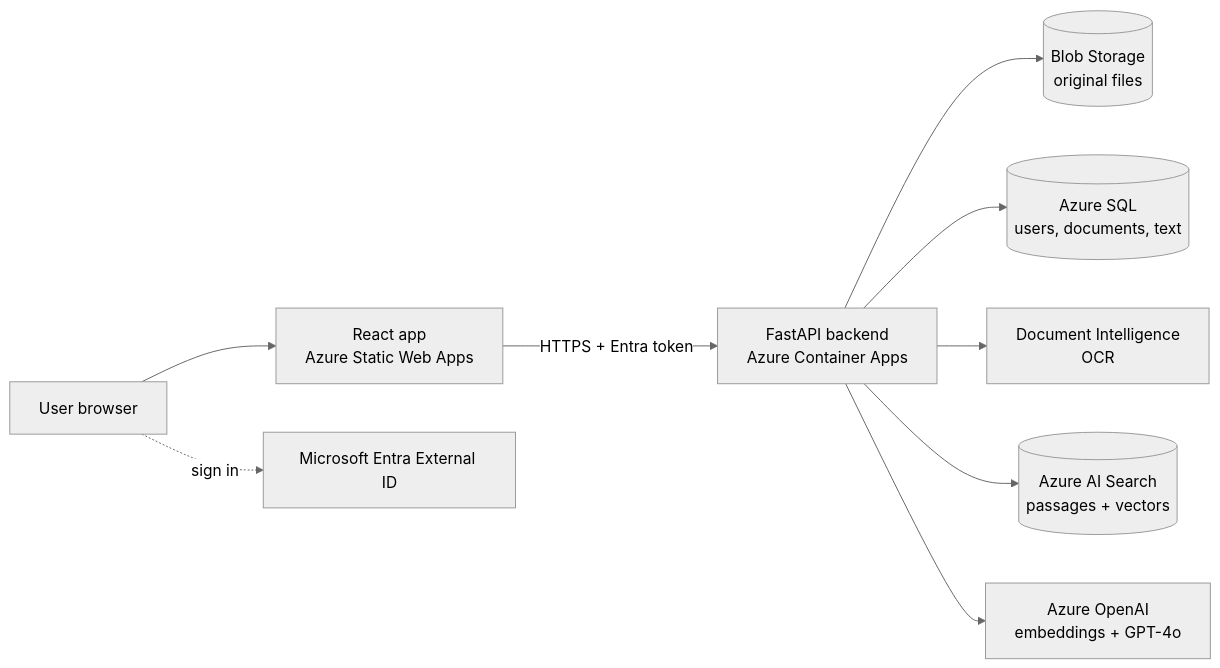
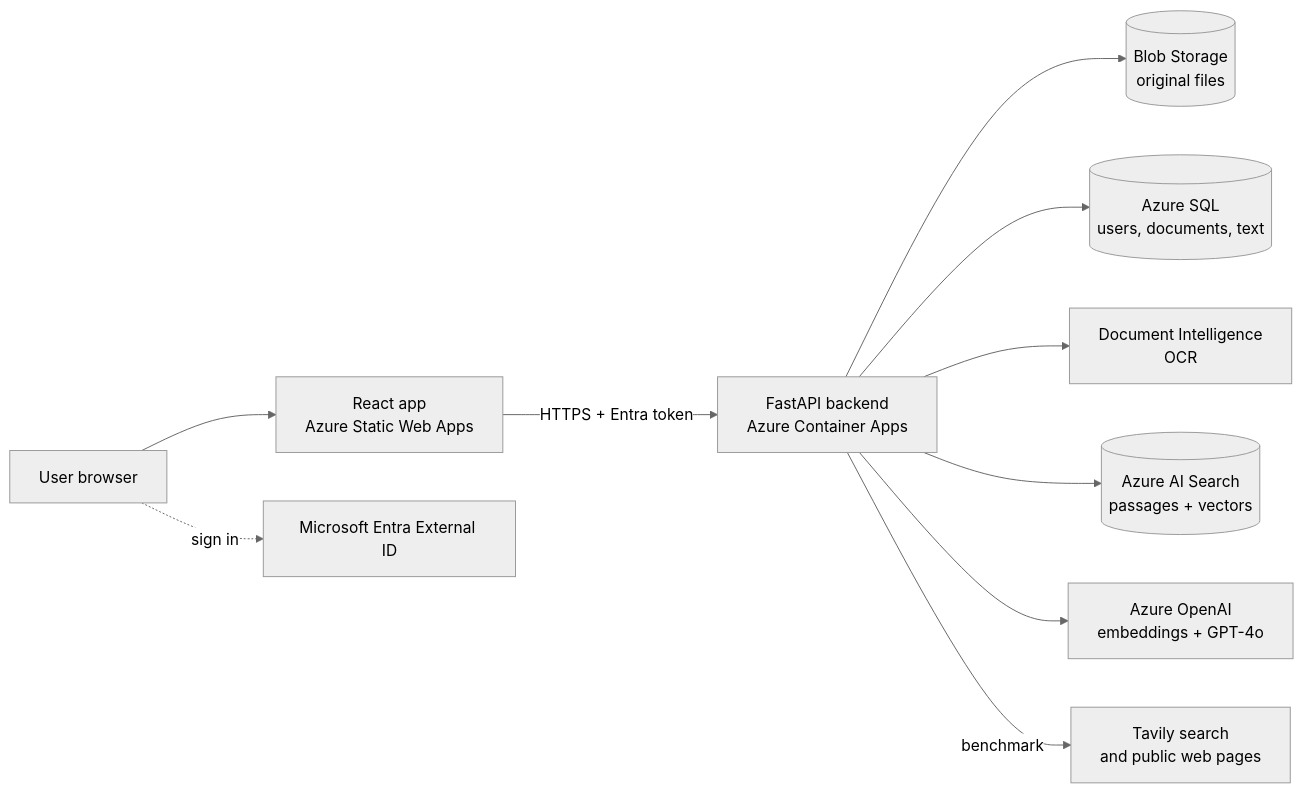
The diagram in README.md (221110904/docmind), drawn with Mermaid (neutral theme) before and after one commit. The commit also changed other lines of this file, not shown here.

Commit message:
Document the benchmark feature

````diff
--- a/README.md
+++ b/README.md
@@ -20,11 +21,12 @@
 ```mermaid
 flowchart LR
     U[User browser] --> SWA[React app<br/>Azure Static Web Apps]
     SWA -->|HTTPS + Entra token| API[FastAPI backend<br/>Azure Container Apps]
     U -. sign in .-> ENTRA[Microsoft Entra External ID]
     API --> BLOB[(Blob Storage<br/>original files)]
     API --> SQL[(Azure SQL<br/>users, documents, text)]
     API --> OCR[Document Intelligence<br/>OCR]
     API --> SEARCH[(Azure AI Search<br/>passages + vectors)]
     API --> AOAI[Azure OpenAI<br/>embeddings + GPT-4o]
+    API -->|benchmark| WEB[Tavily search<br/>and public web pages]
 ```
````
